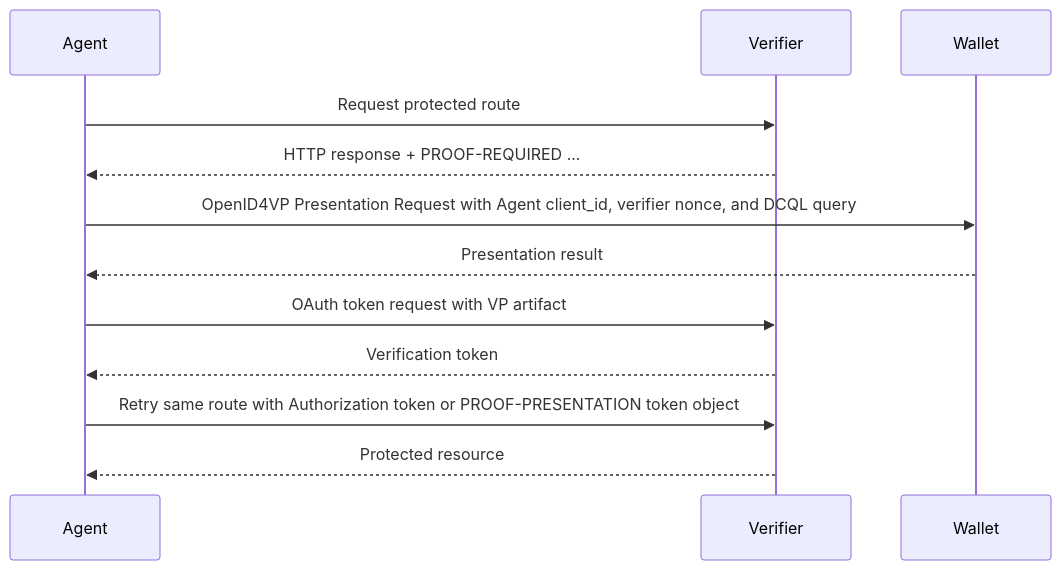
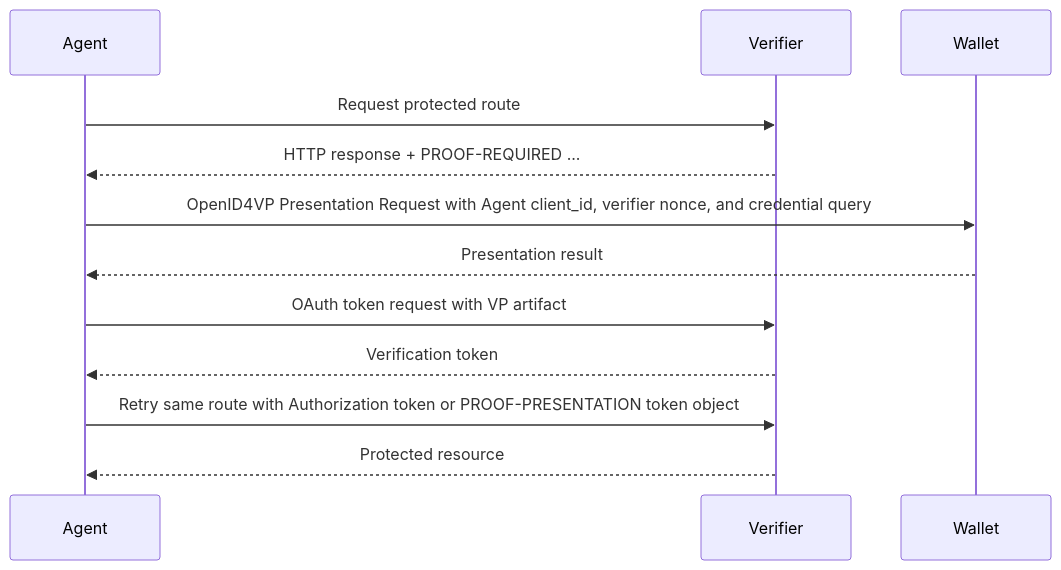
Before and after one commit to proof/x401: the second of 2 diagrams in spec.md, drawn with Mermaid. The commit also changed other lines of this file, not shown here.

Commit message:
Update spec to include scope/dcql optionality

````diff
--- a/spec.md
+++ b/spec.md
@@ -250,14 +256,14 @@
 ```mermaid
 sequenceDiagram
     participant Agent
     participant Verifier
     participant Wallet
     Agent->>Verifier: Request protected route
     Verifier-->>Agent: HTTP response + PROOF-REQUIRED ...
-    Agent->>Wallet: OpenID4VP Presentation Request with Agent client_id, verifier nonce, and DCQL query
+    Agent->>Wallet: OpenID4VP Presentation Request with Agent client_id, verifier nonce, and credential query
     Wallet-->>Agent: Presentation result
     Agent->>Verifier: OAuth token request with VP artifact
     Verifier-->>Agent: Verification token
     Agent->>Verifier: Retry same route with Authorization token or PROOF-PRESENTATION token object
     Verifier-->>Agent: Protected resource
 ```
````
